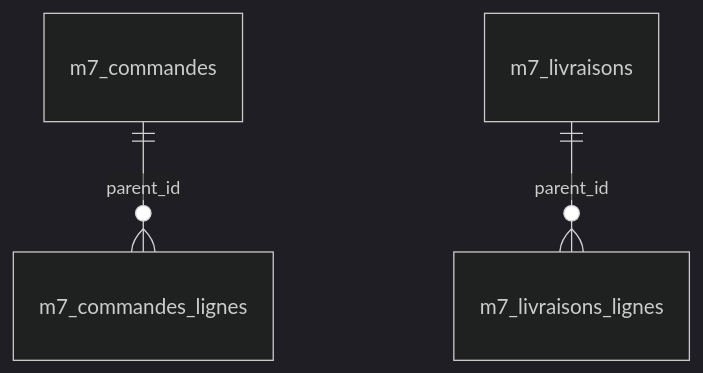
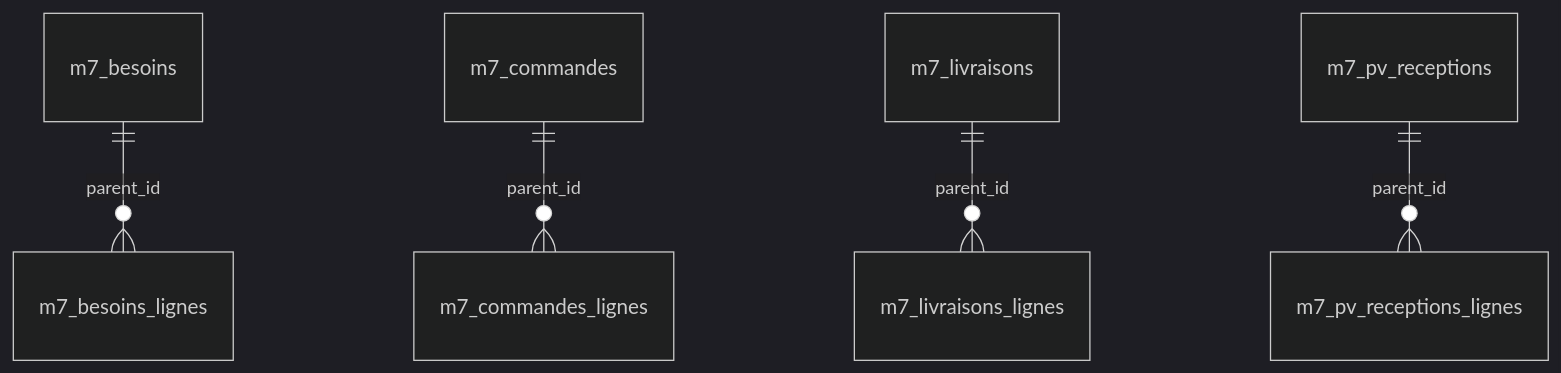
Before and after one commit to massenon/sighcnt: the ninth of 15 diagrams in docs/architecture/ERD.md, drawn with Mermaid (dark theme). The commit also changed other lines of this file and 10 other files, not shown here.

First line of the commit message:
chore(referentiels): régénération complète depuis la maquette (droits, manifeste, parité, cartographie, ERD, copies du poste, icônes)

````diff
--- a/docs/architecture/ERD.md
+++ b/docs/architecture/ERD.md
@@ -148,5 +164,7 @@
 ```mermaid
 erDiagram
+  m7_besoins ||--o{ m7_besoins_lignes : "parent_id"
   m7_commandes ||--o{ m7_commandes_lignes : "parent_id"
   m7_livraisons ||--o{ m7_livraisons_lignes : "parent_id"
+  m7_pv_receptions ||--o{ m7_pv_receptions_lignes : "parent_id"
 ```
````
